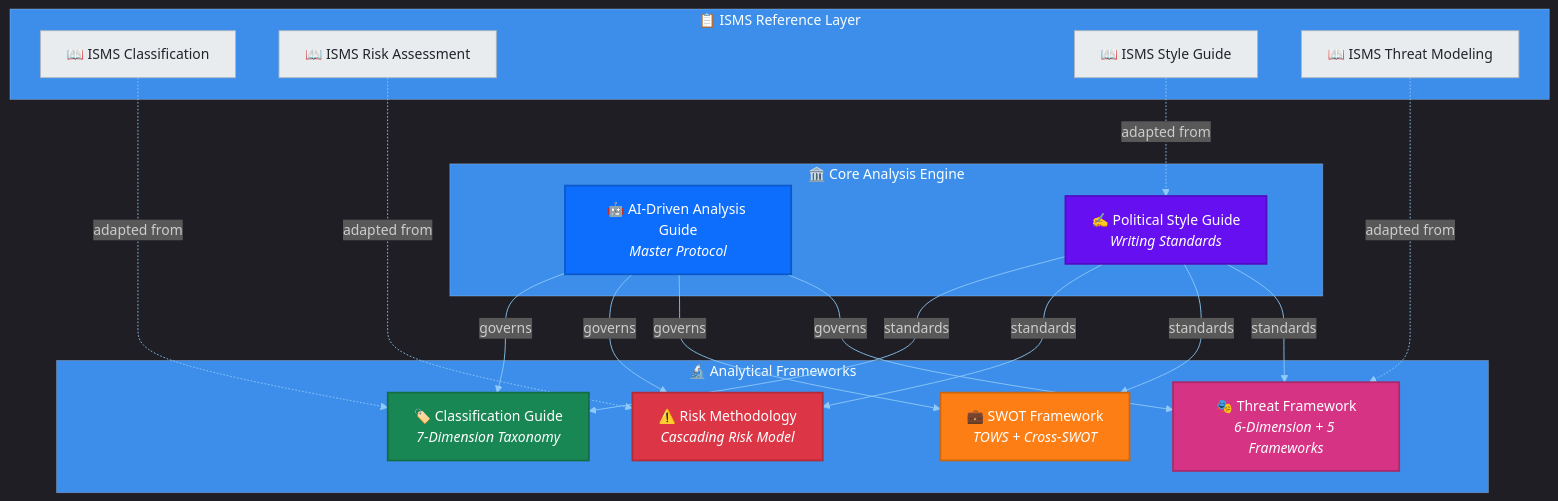
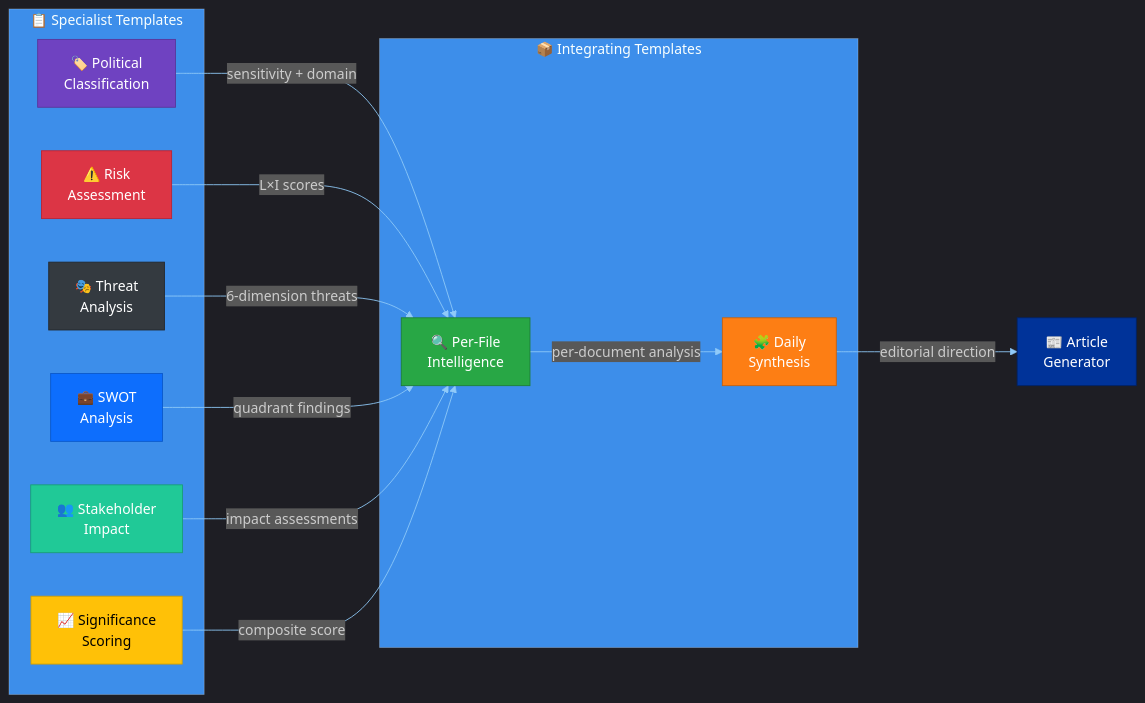
Before and after one commit to Hack23/euparliamentmonitor: the fourth of 16 diagrams in docs/api/media/README-9.md, drawn with Mermaid. The commit also changed other lines of this file and 1553 other files, not shown here.

````diff
--- a/docs/api/media/README-9.md
+++ b/docs/api/media/README-9.md
@@ -106,46 +234,37 @@
 ```mermaid
 %%{init: {"theme":"dark","themeVariables":{"primaryColor":"#1565C0","primaryTextColor":"#ffffff","primaryBorderColor":"#0A3F7F","lineColor":"#90CAF9","secondaryColor":"#2E7D32","secondaryTextColor":"#ffffff","secondaryBorderColor":"#0F3F00","tertiaryColor":"#FF9800","tertiaryTextColor":"#000000","tertiaryBorderColor":"#7F4F00","mainBkg":"#1565C0","secondBkg":"#2E7D32","tertiaryBkg":"#FF9800","noteBkgColor":"#FFC107","noteTextColor":"#000000","noteBorderColor":"#7F6000","errorBkgColor":"#D32F2F","errorTextColor":"#ffffff","fontFamily":"Inter, Helvetica, Arial, sans-serif","pie1":"#1565C0","pie2":"#2E7D32","pie3":"#FF9800","pie4":"#D32F2F","pie5":"#FFC107","pie6":"#7B1FA2","pie7":"#9E9E9E","pie8":"#0288D1","pie9":"#388E3C","pie10":"#F57C00","pie11":"#C62828","pie12":"#FBC02D","pieTitleTextSize":"18px","pieSectionTextSize":"14px","pieLegendTextSize":"13px","pieStrokeColor":"#1e1e1e","pieOuterStrokeColor":"#1e1e1e","git0":"#1565C0","git1":"#2E7D32","git2":"#FF9800","git3":"#D32F2F","gitBranchLabel0":"#ffffff","gitBranchLabel1":"#ffffff","gitBranchLabel2":"#000000","gitBranchLabel3":"#ffffff","cScale0":"#1565C0","cScale1":"#2E7D32","cScale2":"#FF9800","cScale3":"#D32F2F","cScale4":"#FFC107","cScale5":"#7B1FA2","cScale6":"#9E9E9E","cScale7":"#0288D1","xyChart":{"backgroundColor":"#1e1e1e","plotColorPalette":"#1565C0,#2E7D32,#FF9800,#D32F2F,#FFC107,#7B1FA2,#9E9E9E"}}}}%%
-graph TB
-    subgraph "🏛️ Core Analysis Engine"
-        GUIDE["🤖 AI-Driven Analysis Guide<br/><i>Master Protocol</i>"]
-        STYLE["✍️ Political Style Guide<br/><i>Writing Standards</i>"]
+graph LR
+    subgraph "📋 Specialist Templates"
+        CLS["🏷️ Political<br/>Classification"]
+        RSK["⚠️ Risk<br/>Assessment"]
+        THR["🎭 Threat<br/>Analysis"]
+        SWT["💼 SWOT<br/>Analysis"]
+        STK["👥 Stakeholder<br/>Impact"]
+        SIG["📈 Significance<br/>Scoring"]
     end
 
-    subgraph "🔬 Analytical Frameworks"
-        CLASS["🏷️ Classification Guide<br/><i>7-Dimension Taxonomy</i>"]
-        RISK["⚠️ Risk Methodology<br/><i>Cascading Risk Model</i>"]
-        SWOT["💼 SWOT Framework<br/><i>TOWS + Cross-SWOT</i>"]
-        THREAT["🎭 Threat Framework<br/><i>6-Dimension + 5 Frameworks</i>"]
+    subgraph "📦 Integrating Templates"
+        PFI["🔍 Per-File<br/>Intelligence"]
+        SYN["🧩 Daily<br/>Synthesis"]
     end
 
-    subgraph "📋 ISMS Reference Layer"
-        ISMS1["📖 ISMS Classification"]
-        ISMS2["📖 ISMS Risk Assessment"]
-        ISMS3["📖 ISMS Style Guide"]
-        ISMS4["📖 ISMS Threat Modeling"]
-    end
+    CLS -->|"sensitivity + domain"| PFI
+    RSK -->|"L×I scores"| PFI
+    THR -->|"6-dimension threats"| PFI
+    SWT -->|"quadrant findings"| PFI
+    STK -->|"impact assessments"| PFI
+    SIG -->|"composite score"| PFI
 
-    GUIDE -->|"governs"| CLASS
-    GUIDE -->|"governs"| RISK
-    GUIDE -->|"governs"| SWOT
-    GUIDE -->|"governs"| THREAT
-    STYLE -->|"standards"| CLASS
-    STYLE -->|"standards"| RISK
-    STYLE -->|"standards"| SWOT
-    STYLE -->|"standards"| THREAT
-    ISMS1 -.->|"adapted from"| CLASS
-    ISMS2 -.->|"adapted from"| RISK
-    ISMS3 -.->|"adapted from"| STYLE
-    ISMS4 -.->|"adapted from"| THREAT
+    PFI -->|"per-document analysis"| SYN
+    SYN -->|"editorial direction"| ART["📰 Article<br/>Generator"]
 
-    style GUIDE fill:#0d6efd,color:#fff,stroke:#0a58ca,stroke-width:2px
-    style STYLE fill:#6610f2,color:#fff,stroke:#520dc2,stroke-width:2px
-    style CLASS fill:#198754,color:#fff,stroke:#146c43,stroke-width:2px
-    style RISK fill:#dc3545,color:#fff,stroke:#b02a37,stroke-width:2px
-    style SWOT fill:#fd7e14,color:#fff,stroke:#ca6510,stroke-width:2px
-    style THREAT fill:#d63384,color:#fff,stroke:#ab296a,stroke-width:2px
-    style ISMS1 fill:#e9ecef,color:#212529,stroke:#adb5bd
-    style ISMS2 fill:#e9ecef,color:#212529,stroke:#adb5bd
-    style ISMS3 fill:#e9ecef,color:#212529,stroke:#adb5bd
-    style ISMS4 fill:#e9ecef,color:#212529,stroke:#adb5bd
+    style CLS fill:#6f42c1,color:#fff,stroke:#59359a
+    style RSK fill:#dc3545,color:#fff,stroke:#bd2130
+    style THR fill:#343a40,color:#fff,stroke:#23272b
+    style SWT fill:#0d6efd,color:#fff,stroke:#0a58ca
+    style STK fill:#20c997,color:#fff,stroke:#199d76
+    style SIG fill:#ffc107,color:#000,stroke:#d39e00
+    style PFI fill:#28a745,color:#fff,stroke:#1e7e34
+    style SYN fill:#fd7e14,color:#fff,stroke:#c96009
+    style ART fill:#003399,color:#fff,stroke:#002266
 ```
````
